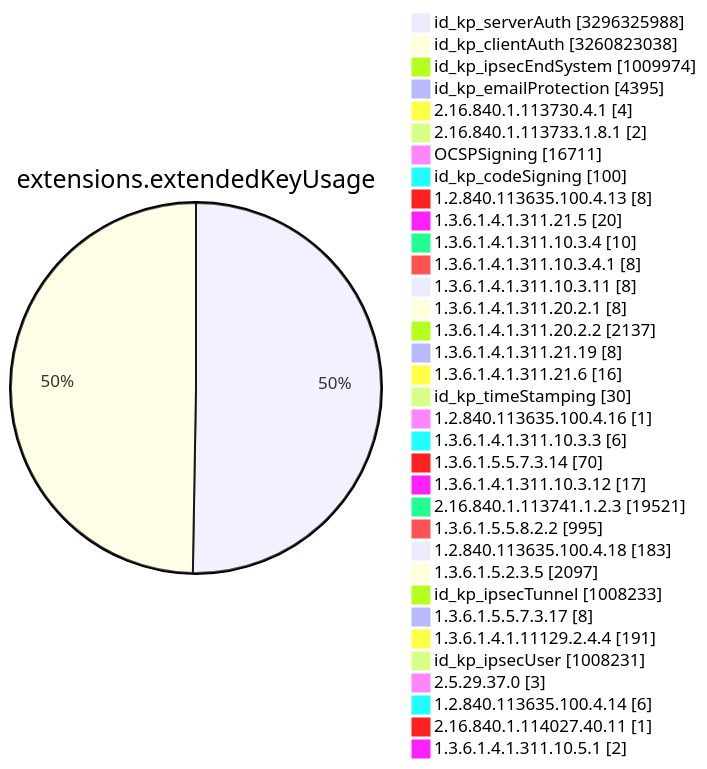
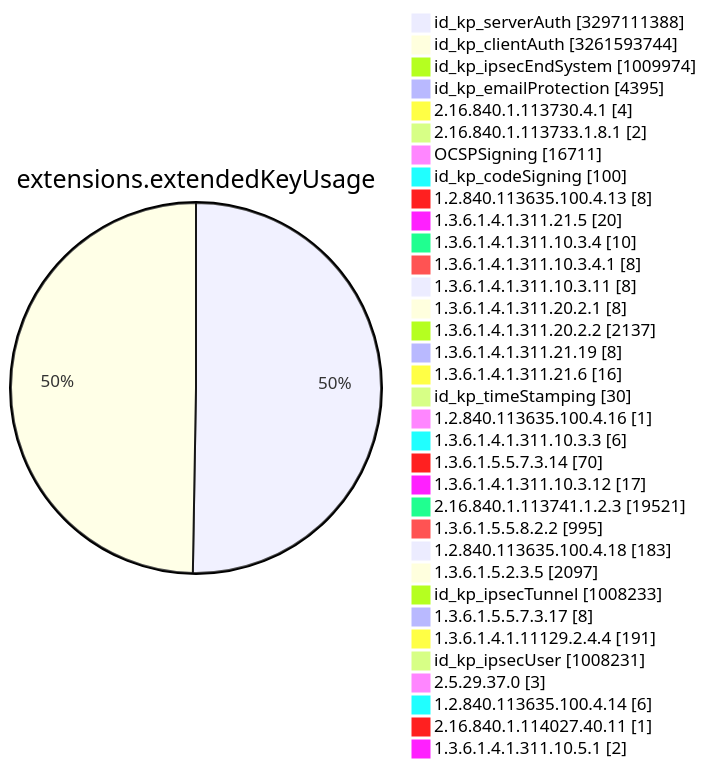
Diagram 11 of 15 in TOTAL/README.md (christiankrug/ctmonitor_visualization), drawn with Mermaid before and after one commit. The commit also changed other lines of this file, not shown here.

````diff
--- a/TOTAL/README.md
+++ b/TOTAL/README.md
@@ -4120,38 +4120,38 @@
 ```mermaid
 pie showData
 title extensions.extendedKeyUsage
-"id_kp_serverAuth" :3296325988
-"id_kp_clientAuth" :3260823038
+"id_kp_serverAuth" :3297111388
+"id_kp_clientAuth" :3261593744
 "id_kp_ipsecEndSystem" :1009974
 "id_kp_emailProtection" :4395
 "2.16.840.1.113730.4.1" :4
 "2.16.840.1.113733.1.8.1" :2
 "OCSPSigning" :16711
 "id_kp_codeSigning" :100
 "1.2.840.113635.100.4.13" :8
 "1.3.6.1.4.1.311.21.5" :20
 "1.3.6.1.4.1.311.10.3.4" :10
 "1.3.6.1.4.1.311.10.3.4.1" :8
 "1.3.6.1.4.1.311.10.3.11" :8
 "1.3.6.1.4.1.311.20.2.1" :8
 "1.3.6.1.4.1.311.20.2.2" :2137
 "1.3.6.1.4.1.311.21.19" :8
 "1.3.6.1.4.1.311.21.6" :16
 "id_kp_timeStamping" :30
 "1.2.840.113635.100.4.16" :1
 "1.3.6.1.4.1.311.10.3.3" :6
 "1.3.6.1.5.5.7.3.14" :70
 "1.3.6.1.4.1.311.10.3.12" :17
 "2.16.840.1.113741.1.2.3" :19521
 "1.3.6.1.5.5.8.2.2" :995
 "1.2.840.113635.100.4.18" :183
 "1.3.6.1.5.2.3.5" :2097
 "id_kp_ipsecTunnel" :1008233
 "1.3.6.1.5.5.7.3.17" :8
 "1.3.6.1.4.1.11129.2.4.4" :191
 "id_kp_ipsecUser" :1008231
 "2.5.29.37.0" :3
 "1.2.840.113635.100.4.14" :6
 "2.16.840.1.114027.40.11" :1
 "1.3.6.1.4.1.311.10.5.1" :2
 ```
````
